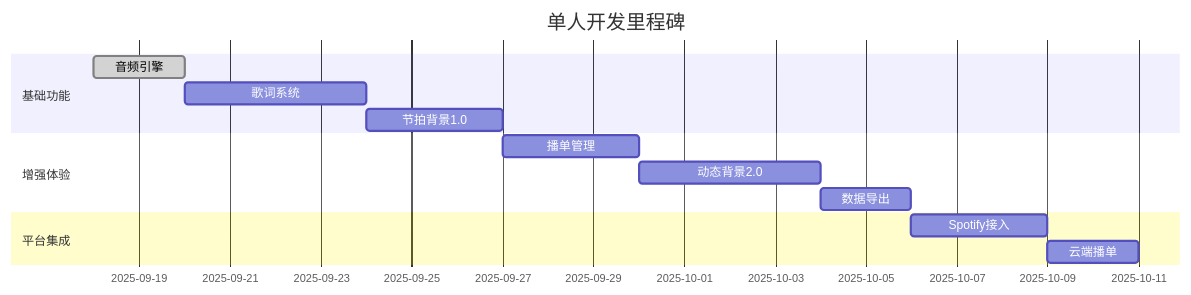
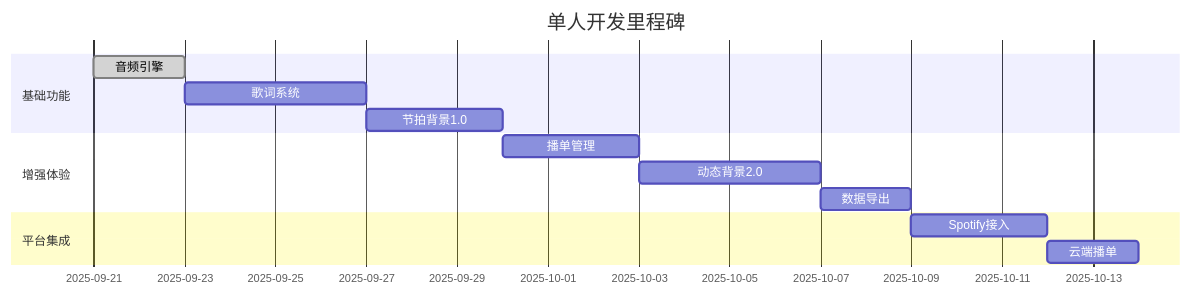
Before and after one commit to DONGNINGw/musicplayerapp: the first of 2 diagrams in 开发计划书/# 跨平台音乐播放器项目计划书（单人开发版）.md, drawn with Mermaid. The commit also changed other lines of this file and 128 other files, not shown here.

````diff
--- a/开发计划书/# 跨平台音乐播放器项目计划书（单人开发版）.md
+++ b/开发计划书/# 跨平台音乐播放器项目计划书（单人开发版）.md
@@ -106,18 +106,18 @@
 ```mermaid
 gantt
  title 单人开发里程碑
  dateFormat YYYY-MM-DD
  section 基础功能
- 音频引擎 :done, des1, 2025-09-18, 2d
+ 音频引擎 :done, des1, 2025-09-21, 2d
  歌词系统 : des2, after des1, 4d
  节拍背景1.0 : des3, after des2, 3d
 
  section 增强体验
  播单管理 : des4, after des3, 3d
  动态背景2.0 : des5, after des4, 4d
  数据导出 : des12, after des5, 2d
 
  section 平台集成
  Spotify接入 : des6, after des12, 3d
  云端播单 : des7, after des6, 2d
 ```
````
